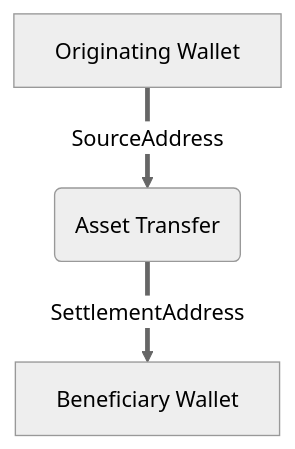
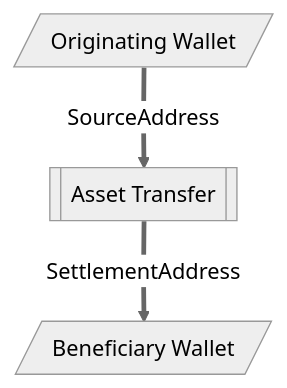
Before and after one commit to TransactionAuthorizationProtocol/TAIPs: diagram 11 of 22 in Whitepaper.md, drawn with Mermaid (neutral theme). The commit also changed other lines of this file, not shown here.

````diff
--- a/Whitepaper.md
+++ b/Whitepaper.md
@@ -410,5 +410,5 @@
 ```mermaid
 graph TD
-    SourceAddress[Originating Wallet] ==>|SourceAddress| Transaction(Asset Transfer)
-    Transaction ==>|SettlementAddress| SettlementAddress[Beneficiary Wallet]
+    SourceAddress[/Originating Wallet/] ==>|SourceAddress| Transaction[[Asset Transfer]]
+    Transaction ==>|SettlementAddress| SettlementAddress[/Beneficiary Wallet/]
 ```
````
